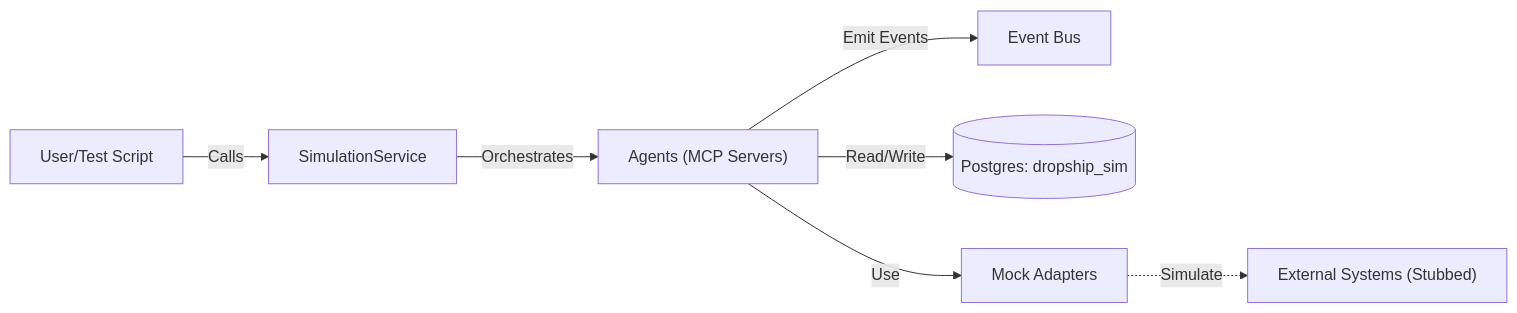
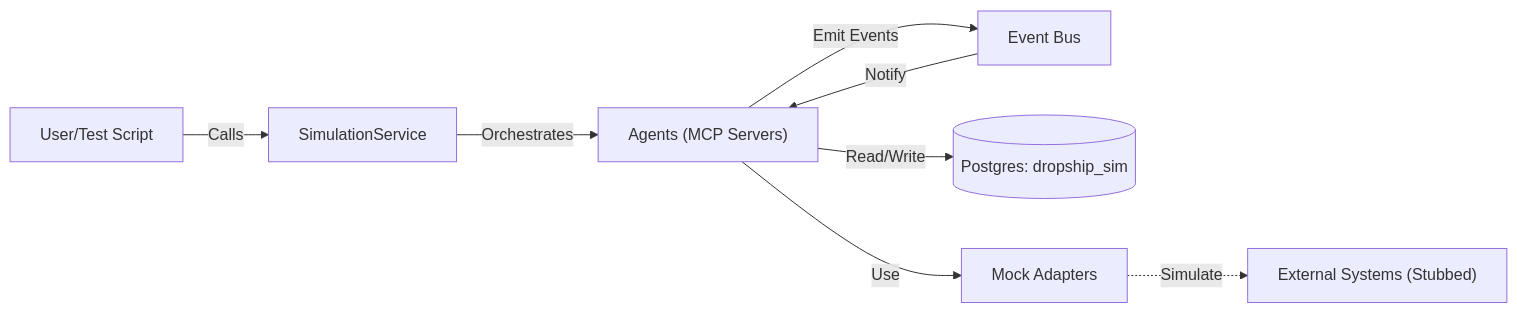
Before and after one commit to andylelli/ds1: the first of 2 diagrams in Documentation/Reference/ENVIRONMENT_SIMULATION_V_LIVE.md, drawn with Mermaid. The commit also changed other lines of this file and 1 other file, not shown here.

````diff
--- a/Documentation/Reference/ENVIRONMENT_SIMULATION_V_LIVE.md
+++ b/Documentation/Reference/ENVIRONMENT_SIMULATION_V_LIVE.md
@@ -16,9 +16,10 @@
 ```mermaid
 flowchart LR
   User["User/Test Script"] -->|Calls| SimService[SimulationService]
   SimService -->|Orchestrates| Agents["Agents (MCP Servers)"]
   Agents -->|Emit Events| EventBus["Event Bus"]
+  EventBus -->|Notify| Agents
   Agents -->|Read/Write| DB[("Postgres: dropship_sim")]
   Agents -->|Use| MockAdapters["Mock Adapters"]
   MockAdapters -.->|Simulate| External["External Systems (Stubbed)"]
 ```
````
